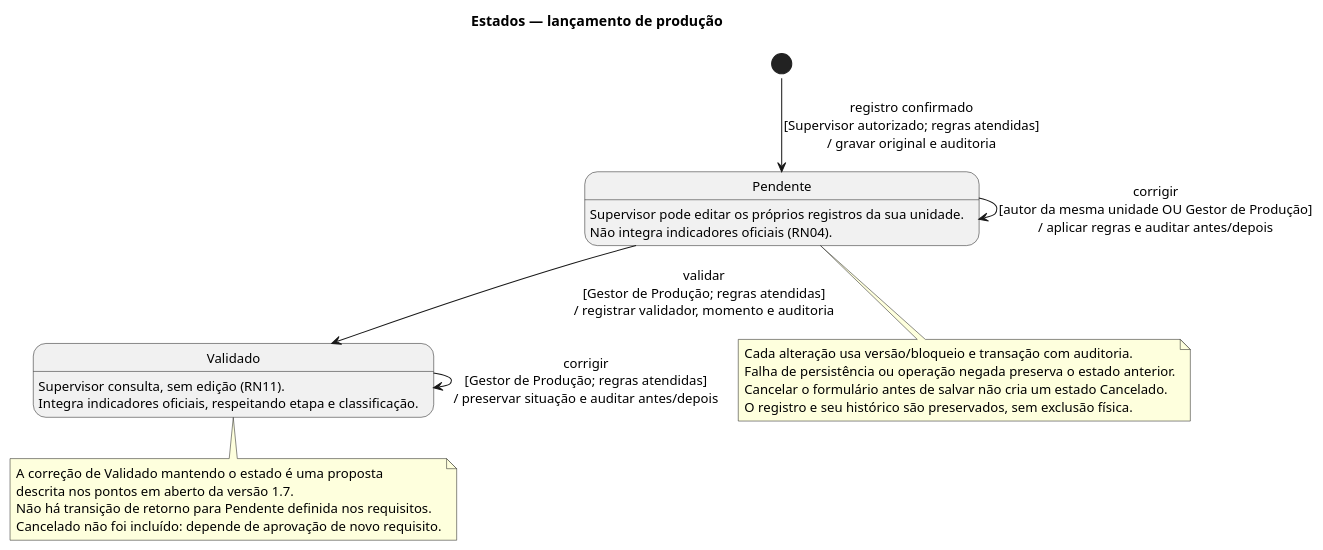
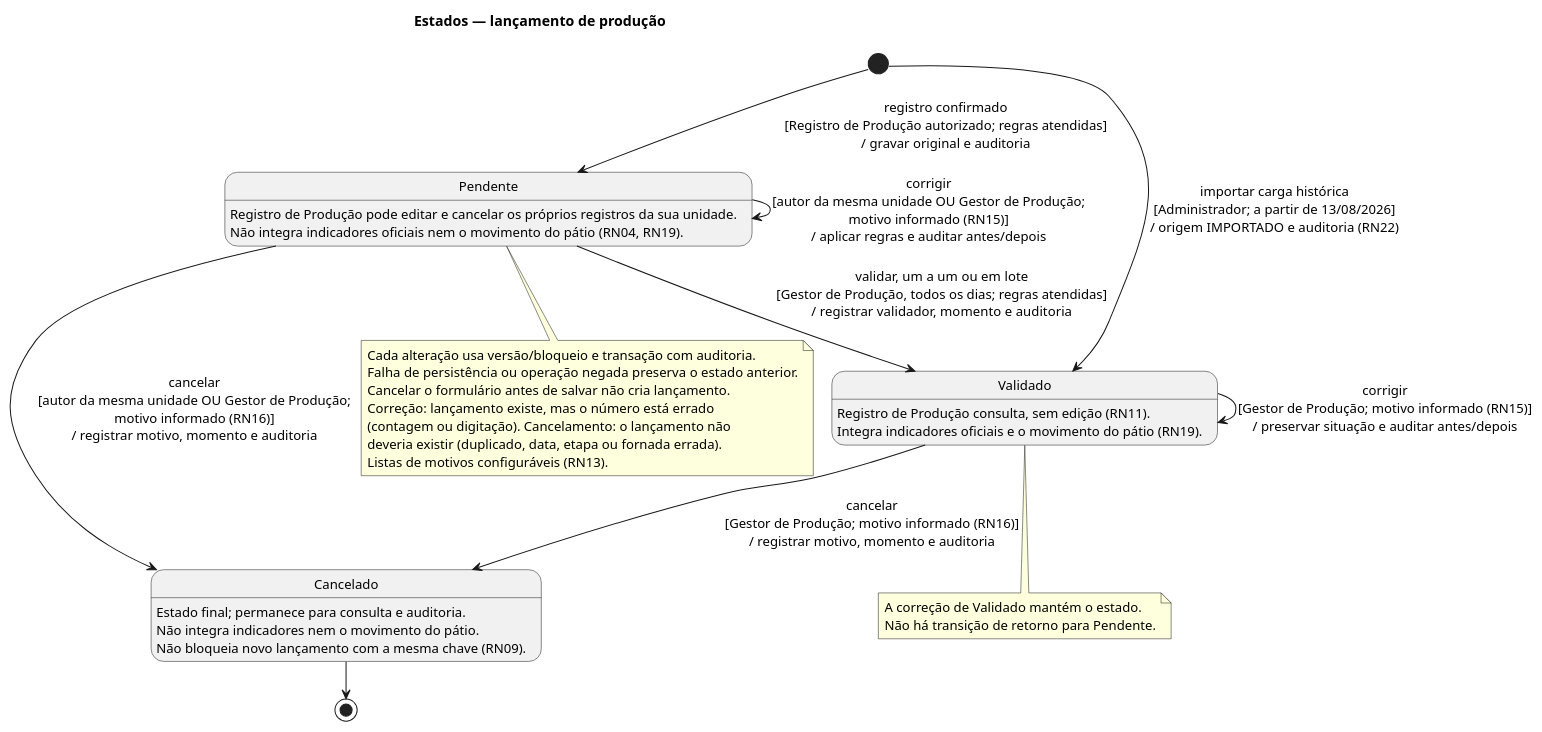
One commit to emilynerys/Projeto-Cer-mica-SOCRE changed the diagram in docs/uml/07_estados_lancamento.puml. Above: the diagram before and after it, drawn with PlantUML. The commit also changed 21 other files, not shown here.

First line of the commit message:
Revisa os diagramas UML com o levantamento de outubro/2026

```diff
--- a/docs/uml/07_estados_lancamento.puml
+++ b/docs/uml/07_estados_lancamento.puml
@@ -1,35 +1,44 @@
 @startuml
 !pragma layout smetana
 skinparam shadowing false
 skinparam defaultFontName Arial
 skinparam defaultFontSize 13
 hide empty description
 title Estados — lançamento de produção
 
 state "Pendente" as Pendente
 state "Validado" as Validado
+state "Cancelado" as Cancelado
 
-[*] --> Pendente : registro confirmado\n[Supervisor autorizado; regras atendidas]\n/ gravar original e auditoria
-Pendente --> Pendente : corrigir\n[autor da mesma unidade OU Gestor de Produção]\n/ aplicar regras e auditar antes/depois
-Pendente --> Validado : validar\n[Gestor de Produção; regras atendidas]\n/ registrar validador, momento e auditoria
-Validado --> Validado : corrigir\n[Gestor de Produção; regras atendidas]\n/ preservar situação e auditar antes/depois
+[*] --> Pendente : registro confirmado\n[Registro de Produção autorizado; regras atendidas]\n/ gravar original e auditoria
+[*] --> Validado : importar carga histórica\n[Administrador; a partir de 13/08/2026]\n/ origem IMPORTADO e auditoria (RN22)
+Pendente --> Pendente : corrigir\n[autor da mesma unidade OU Gestor de Produção;\nmotivo informado (RN15)]\n/ aplicar regras e auditar antes/depois
+Pendente --> Validado : validar, um a um ou em lote\n[Gestor de Produção, todos os dias; regras atendidas]\n/ registrar validador, momento e auditoria
+Validado --> Validado : corrigir\n[Gestor de Produção; motivo informado (RN15)]\n/ preservar situação e auditar antes/depois
+Pendente --> Cancelado : cancelar\n[autor da mesma unidade OU Gestor de Produção;\nmotivo informado (RN16)]\n/ registrar motivo, momento e auditoria
+Validado --> Cancelado : cancelar\n[Gestor de Produção; motivo informado (RN16)]\n/ registrar motivo, momento e auditoria
+Cancelado --> [*]
 
-Pendente : Supervisor pode editar os próprios registros da sua unidade.
-Pendente : Não integra indicadores oficiais (RN04).
-Validado : Supervisor consulta, sem edição (RN11).
-Validado : Integra indicadores oficiais, respeitando etapa e classificação.
+Pendente : Registro de Produção pode editar e cancelar os próprios registros da sua unidade.
+Pendente : Não integra indicadores oficiais nem o movimento do pátio (RN04, RN19).
+Validado : Registro de Produção consulta, sem edição (RN11).
+Validado : Integra indicadores oficiais e o movimento do pátio (RN19).
+Cancelado : Estado final; permanece para consulta e auditoria.
+Cancelado : Não integra indicadores nem o movimento do pátio.
+Cancelado : Não bloqueia novo lançamento com a mesma chave (RN09).
 
 note bottom of Validado
-  A correção de Validado mantendo o estado é uma proposta
-  descrita nos pontos em aberto da versão 1.7.
-  Não há transição de retorno para Pendente definida nos requisitos.
-  Cancelado não foi incluído: depende de aprovação de novo requisito.
+  A correção de Validado mantém o estado.
+  Não há transição de retorno para Pendente.
 end note
 
 note bottom of Pendente
   Cada alteração usa versão/bloqueio e transação com auditoria.
   Falha de persistência ou operação negada preserva o estado anterior.
-  Cancelar o formulário antes de salvar não cria um estado Cancelado.
-  O registro e seu histórico são preservados, sem exclusão física.
+  Cancelar o formulário antes de salvar não cria lançamento.
+  Correção: lançamento existe, mas o número está errado
+  (contagem ou digitação). Cancelamento: o lançamento não
+  deveria existir (duplicado, data, etapa ou fornada errada).
+  Listas de motivos configuráveis (RN13).
 end note
 @enduml
```
